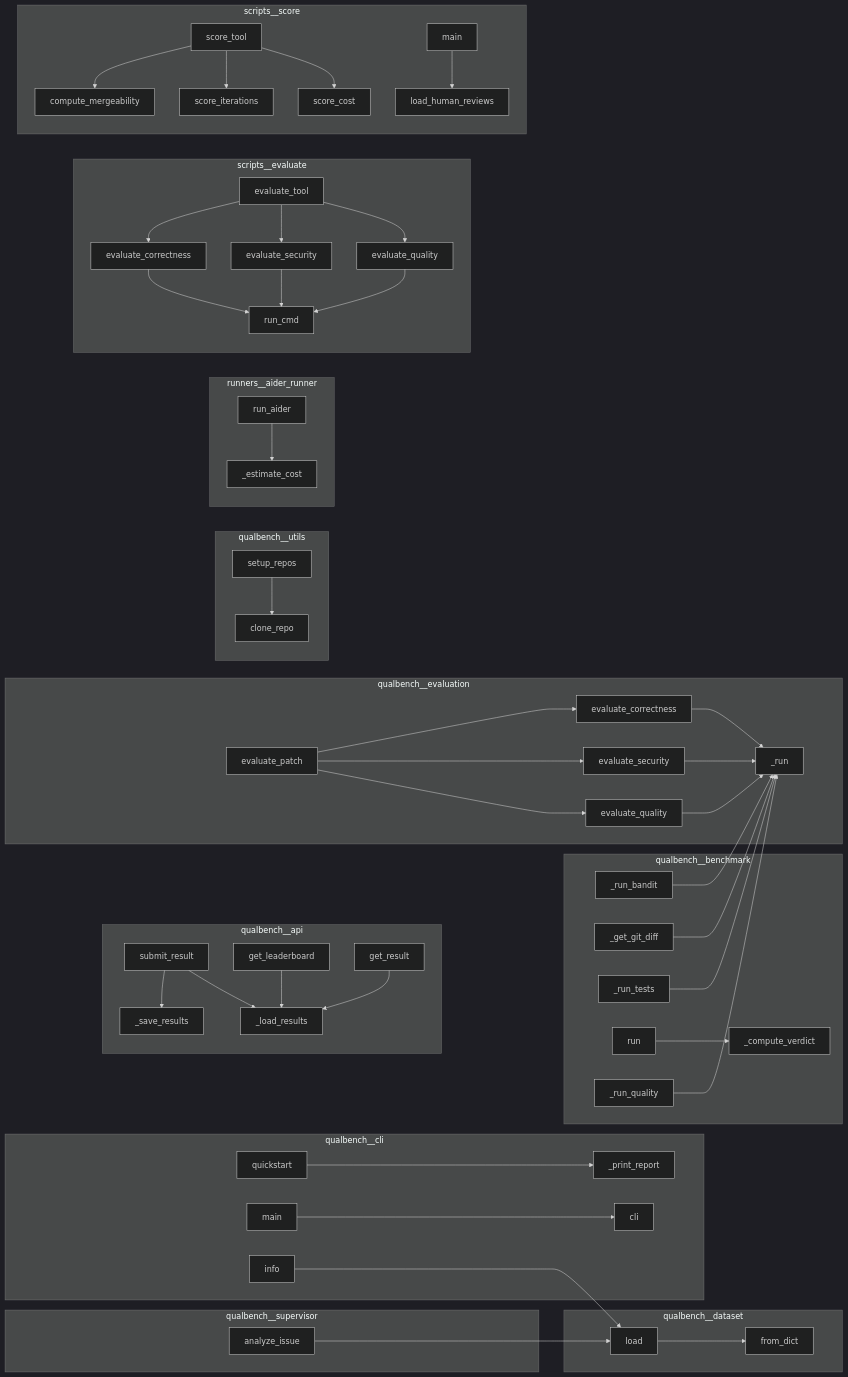
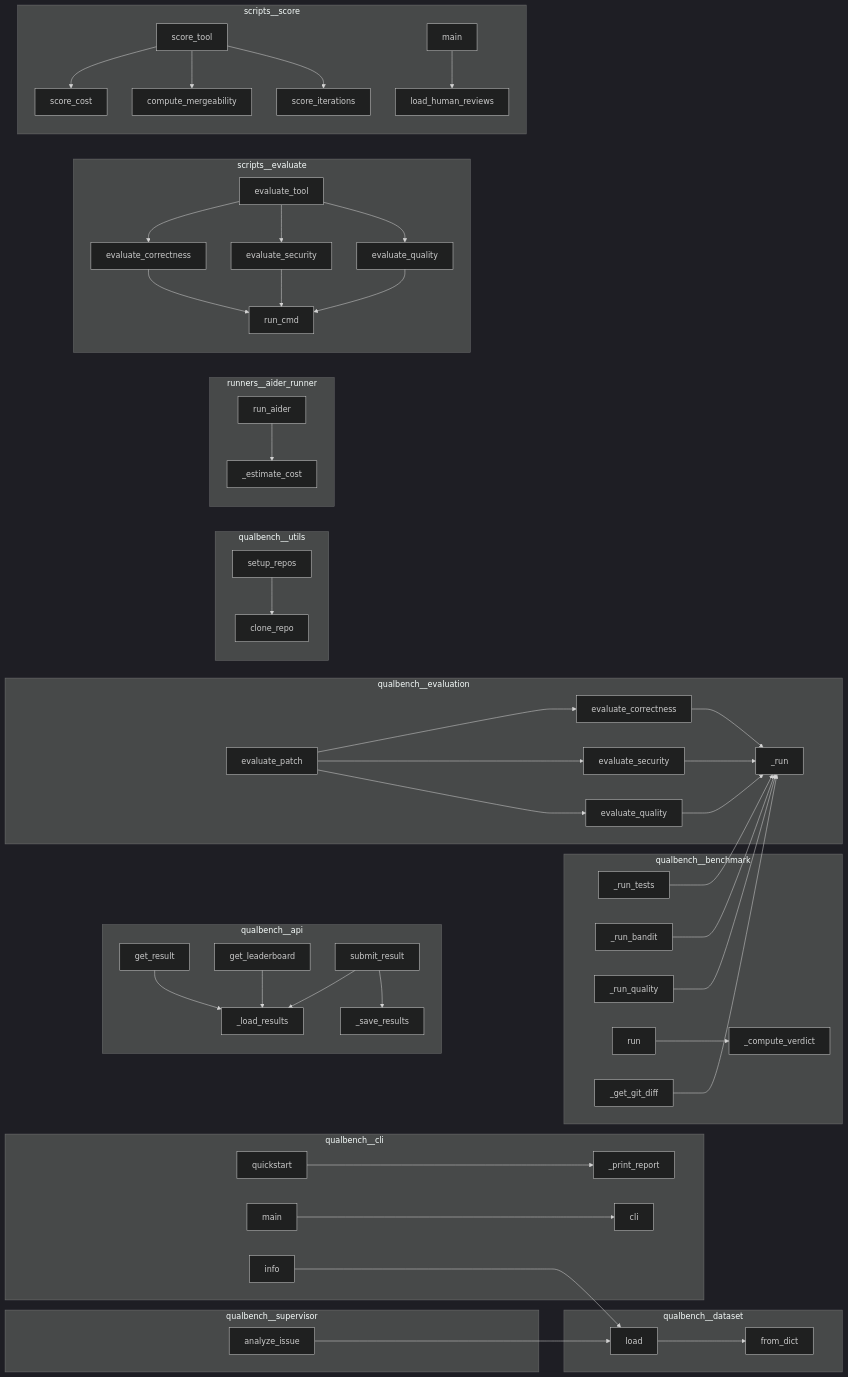
One commit to semcod/qualbench changed the diagram in project/calls.mmd. Above: the diagram before and after it, drawn with Mermaid (dark theme). The commit also changed other lines of this file and 11 other files, not shown here.

```diff
--- a/project/calls.mmd
+++ b/project/calls.mmd
@@ -1,92 +1,92 @@
 flowchart LR
     subgraph qualbench__api
+        qualbench__api__get_result["get_result"]
         qualbench__api___save_results["_save_results"]
+        qualbench__api___load_results["_load_results"]
+        qualbench__api__get_leaderboard["get_leaderboard"]
         qualbench__api__submit_result["submit_result"]
-        qualbench__api___load_results["_load_results"]
-        qualbench__api__get_result["get_result"]
-        qualbench__api__get_leaderboard["get_leaderboard"]
     end
     subgraph qualbench__benchmark
+        qualbench__benchmark__QualBenchRunner___run_tests["_run_tests"]
         qualbench__benchmark__QualBenchRunner___run_bandit["_run_bandit"]
+        qualbench__benchmark__QualBenchRunner___run_quality["_run_quality"]
+        qualbench__benchmark__QualBenchRunner__run["run"]
         qualbench__benchmark___compute_verdict["_compute_verdict"]
         qualbench__benchmark__QualBenchRunner___get_git_diff["_get_git_diff"]
-        qualbench__benchmark__QualBenchRunner___run_tests["_run_tests"]
-        qualbench__benchmark__QualBenchRunner__run["run"]
-        qualbench__benchmark__QualBenchRunner___run_quality["_run_quality"]
     end
     subgraph qualbench__cli
         qualbench__cli__quickstart["quickstart"]
+        qualbench__cli__main["main"]
         qualbench__cli___print_report["_print_report"]
-        qualbench__cli__main["main"]
         qualbench__cli__cli["cli"]
         qualbench__cli__info["info"]
     end
     subgraph qualbench__dataset
+        qualbench__dataset__Dataset__load["load"]
         qualbench__dataset__Issue__from_dict["from_dict"]
-        qualbench__dataset__Dataset__load["load"]
     end
     subgraph qualbench__evaluation
         qualbench__evaluation__evaluate_patch["evaluate_patch"]
         qualbench__evaluation___run["_run"]
+        qualbench__evaluation__evaluate_correctness["evaluate_correctness"]
+        qualbench__evaluation__evaluate_quality["evaluate_quality"]
         qualbench__evaluation__evaluate_security["evaluate_security"]
-        qualbench__evaluation__evaluate_quality["evaluate_quality"]
-        qualbench__evaluation__evaluate_correctness["evaluate_correctness"]
     end
     subgraph qualbench__supervisor
         qualbench__supervisor__SupervisorAI__analyze_issue["analyze_issue"]
     end
     subgraph qualbench__utils
         qualbench__utils__repos__setup_repos["setup_repos"]
         qualbench__utils__repos__clone_repo["clone_repo"]
     end
     subgraph runners__aider_runner
         runners__aider_runner___estimate_cost["_estimate_cost"]
         runners__aider_runner__run_aider["run_aider"]
     end
     subgraph scripts__evaluate
+        scripts__evaluate__evaluate_quality["evaluate_quality"]
         scripts__evaluate__evaluate_correctness["evaluate_correctness"]
-        scripts__evaluate__evaluate_quality["evaluate_quality"]
         scripts__evaluate__run_cmd["run_cmd"]
+        scripts__evaluate__evaluate_security["evaluate_security"]
         scripts__evaluate__evaluate_tool["evaluate_tool"]
-        scripts__evaluate__evaluate_security["evaluate_security"]
     end
     subgraph scripts__score
+        scripts__score__score_cost["score_cost"]
+        scripts__score__score_tool["score_tool"]
+        scripts__score__compute_mergeability["compute_mergeability"]
+        scripts__score__score_iterations["score_iterations"]
         scripts__score__main["main"]
-        scripts__score__compute_mergeability["compute_mergeability"]
-        scripts__score__score_tool["score_tool"]
-        scripts__score__score_iterations["score_iterations"]
-        scripts__score__score_cost["score_cost"]
         scripts__score__load_human_reviews["load_human_reviews"]
     end
     qualbench__cli__quickstart --> qualbench__cli___print_report
     qualbench__cli__info --> qualbench__dataset__Dataset__load
     qualbench__cli__main --> qualbench__cli__cli
+    qualbench__supervisor__SupervisorAI__analyze_issue --> qualbench__dataset__Dataset__load
     qualbench__dataset__Dataset__load --> qualbench__dataset__Issue__from_dict
     qualbench__utils__repos__setup_repos --> qualbench__utils__repos__clone_repo
-    qualbench__supervisor__SupervisorAI__analyze_issue --> qualbench__dataset__Dataset__load
     qualbench__evaluation__evaluate_correctness --> qualbench__evaluation___run
     qualbench__evaluation__evaluate_security --> qualbench__evaluation___run
     qualbench__evaluation__evaluate_quality --> qualbench__evaluation___run
     qualbench__evaluation__evaluate_patch --> qualbench__evaluation__evaluate_correctness
     qualbench__evaluation__evaluate_patch --> qualbench__evaluation__evaluate_security
     qualbench__evaluation__evaluate_patch --> qualbench__evaluation__evaluate_quality
     scripts__evaluate__evaluate_correctness --> scripts__evaluate__run_cmd
     scripts__evaluate__evaluate_security --> scripts__evaluate__run_cmd
     scripts__evaluate__evaluate_quality --> scripts__evaluate__run_cmd
     scripts__evaluate__evaluate_tool --> scripts__evaluate__evaluate_correctness
     scripts__evaluate__evaluate_tool --> scripts__evaluate__evaluate_security
     scripts__evaluate__evaluate_tool --> scripts__evaluate__evaluate_quality
     scripts__score__score_tool --> scripts__score__compute_mergeability
     scripts__score__score_tool --> scripts__score__score_iterations
     scripts__score__score_tool --> scripts__score__score_cost
     scripts__score__main --> scripts__score__load_human_reviews
     runners__aider_runner__run_aider --> runners__aider_runner___estimate_cost
     qualbench__benchmark__QualBenchRunner__run --> qualbench__benchmark___compute_verdict
     qualbench__benchmark__QualBenchRunner___get_git_diff --> qualbench__evaluation___run
     qualbench__benchmark__QualBenchRunner___run_tests --> qualbench__evaluation___run
     qualbench__benchmark__QualBenchRunner___run_bandit --> qualbench__evaluation___run
     qualbench__benchmark__QualBenchRunner___run_quality --> qualbench__evaluation___run
     qualbench__api__submit_result --> qualbench__api___load_results
     qualbench__api__submit_result --> qualbench__api___save_results
     qualbench__api__get_leaderboard --> qualbench__api___load_results
     qualbench__api__get_result --> qualbench__api___load_results
```
